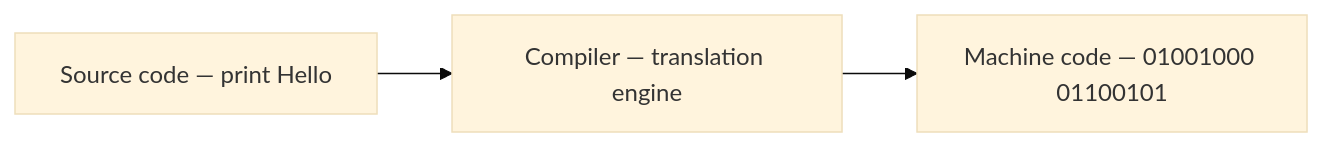
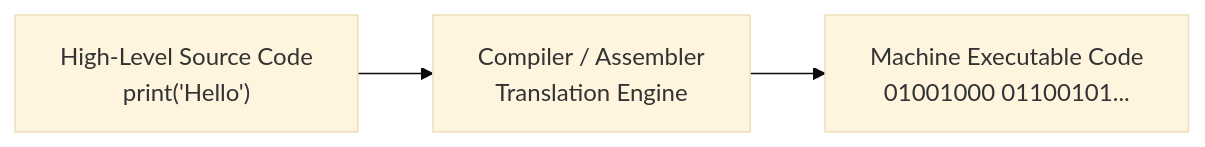
The second of 2 diagrams in content/docs/computer-basics/it-support/02-evolution-of-computing.mdx (1345AbhishekKumar/cs-cookbook), drawn with Mermaid (base theme) before and after one commit. The commit also changed other lines of this file and 299 other files, not shown here.

````diff
--- a/content/docs/computer-basics/it-support/02-evolution-of-computing.mdx
+++ b/content/docs/computer-basics/it-support/02-evolution-of-computing.mdx
@@ -95,5 +122,5 @@
 ```mermaid
 flowchart LR
-    SRC["Source code — print Hello"] --> CMP["Compiler — translation engine"]
-    CMP --> BIN["Machine code — 01001000 01100101"]
+    SRC["High-Level Source Code<br/>print('Hello')"] --> CMP["Compiler / Assembler<br/>Translation Engine"]
+    CMP --> BIN["Machine Executable Code<br/>01001000 01100101..."]
 ```
````
